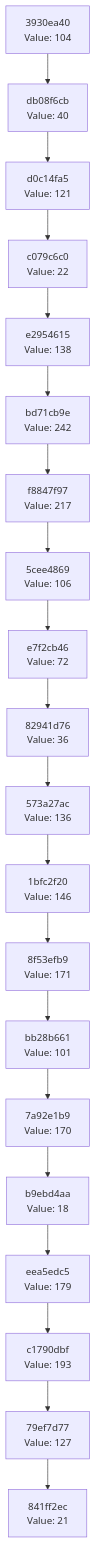
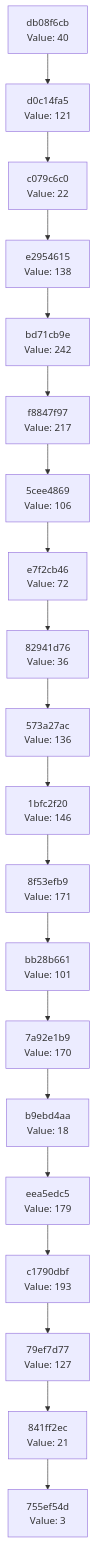
One commit to Abhisheksinha1506/hash-chain-evolver changed the diagram in docs/CHAIN_VISUALIZATION.md. Above: the diagram before and after it, drawn with Mermaid. The commit also changed 2 other files, not shown here.

Commit message:
Evolution Step

````diff
--- a/docs/CHAIN_VISUALIZATION.md
+++ b/docs/CHAIN_VISUALIZATION.md
@@ -3,42 +3,42 @@
 ```mermaid
 graph TD
-    C0["841ff2ec<br/>Value: 21"]
-    C1["79ef7d77<br/>Value: 127"]
+    C0["755ef54d<br/>Value: 3"]
+    C1["841ff2ec<br/>Value: 21"]
     C1 --> C0
-    C2["c1790dbf<br/>Value: 193"]
+    C2["79ef7d77<br/>Value: 127"]
     C2 --> C1
-    C3["eea5edc5<br/>Value: 179"]
+    C3["c1790dbf<br/>Value: 193"]
     C3 --> C2
-    C4["b9ebd4aa<br/>Value: 18"]
+    C4["eea5edc5<br/>Value: 179"]
     C4 --> C3
-    C5["7a92e1b9<br/>Value: 170"]
+    C5["b9ebd4aa<br/>Value: 18"]
     C5 --> C4
-    C6["bb28b661<br/>Value: 101"]
+    C6["7a92e1b9<br/>Value: 170"]
     C6 --> C5
-    C7["8f53efb9<br/>Value: 171"]
+    C7["bb28b661<br/>Value: 101"]
     C7 --> C6
-    C8["1bfc2f20<br/>Value: 146"]
+    C8["8f53efb9<br/>Value: 171"]
     C8 --> C7
-    C9["573a27ac<br/>Value: 136"]
+    C9["1bfc2f20<br/>Value: 146"]
     C9 --> C8
-    C10["82941d76<br/>Value: 36"]
+    C10["573a27ac<br/>Value: 136"]
     C10 --> C9
-    C11["e7f2cb46<br/>Value: 72"]
+    C11["82941d76<br/>Value: 36"]
     C11 --> C10
-    C12["5cee4869<br/>Value: 106"]
+    C12["e7f2cb46<br/>Value: 72"]
     C12 --> C11
-    C13["f8847f97<br/>Value: 217"]
+    C13["5cee4869<br/>Value: 106"]
     C13 --> C12
-    C14["bd71cb9e<br/>Value: 242"]
+    C14["f8847f97<br/>Value: 217"]
     C14 --> C13
-    C15["e2954615<br/>Value: 138"]
+    C15["bd71cb9e<br/>Value: 242"]
     C15 --> C14
-    C16["c079c6c0<br/>Value: 22"]
+    C16["e2954615<br/>Value: 138"]
     C16 --> C15
-    C17["d0c14fa5<br/>Value: 121"]
+    C17["c079c6c0<br/>Value: 22"]
     C17 --> C16
-    C18["db08f6cb<br/>Value: 40"]
+    C18["d0c14fa5<br/>Value: 121"]
     C18 --> C17
-    C19["3930ea40<br/>Value: 104"]
+    C19["db08f6cb<br/>Value: 40"]
     C19 --> C18
 ```
````
